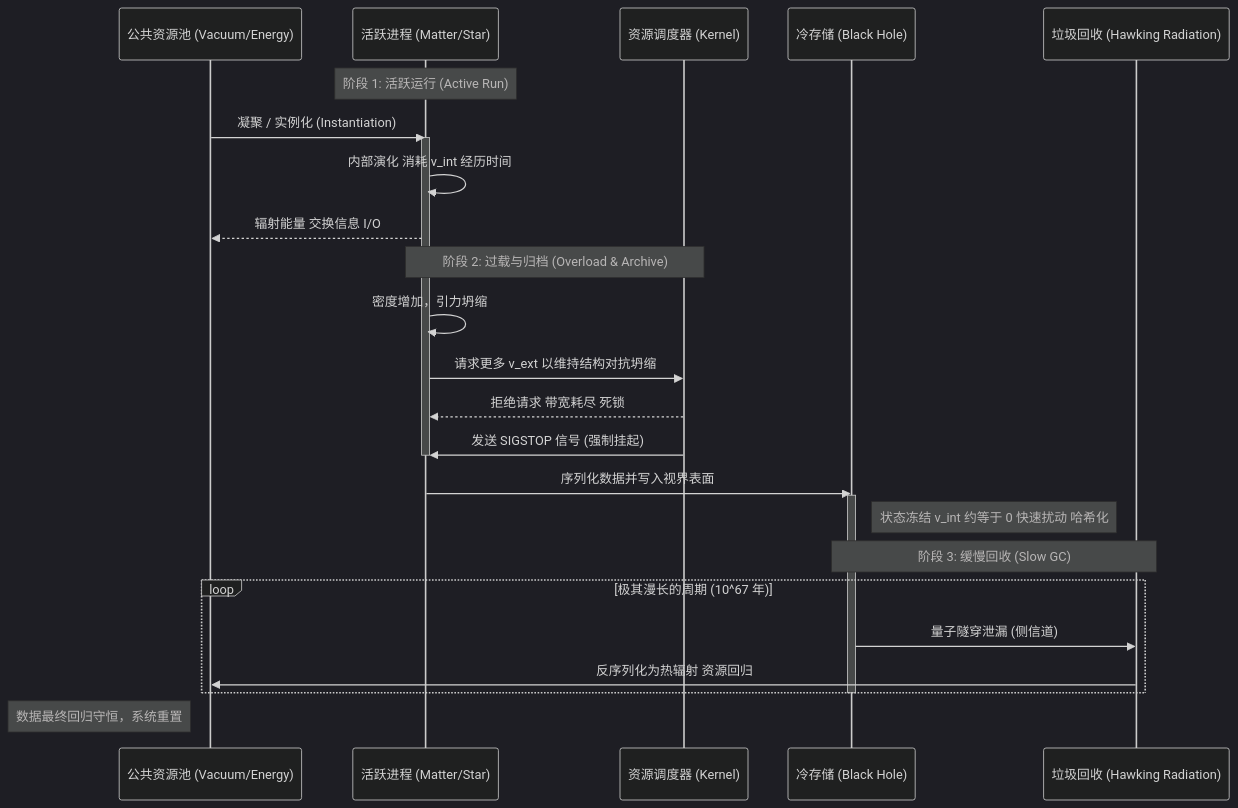
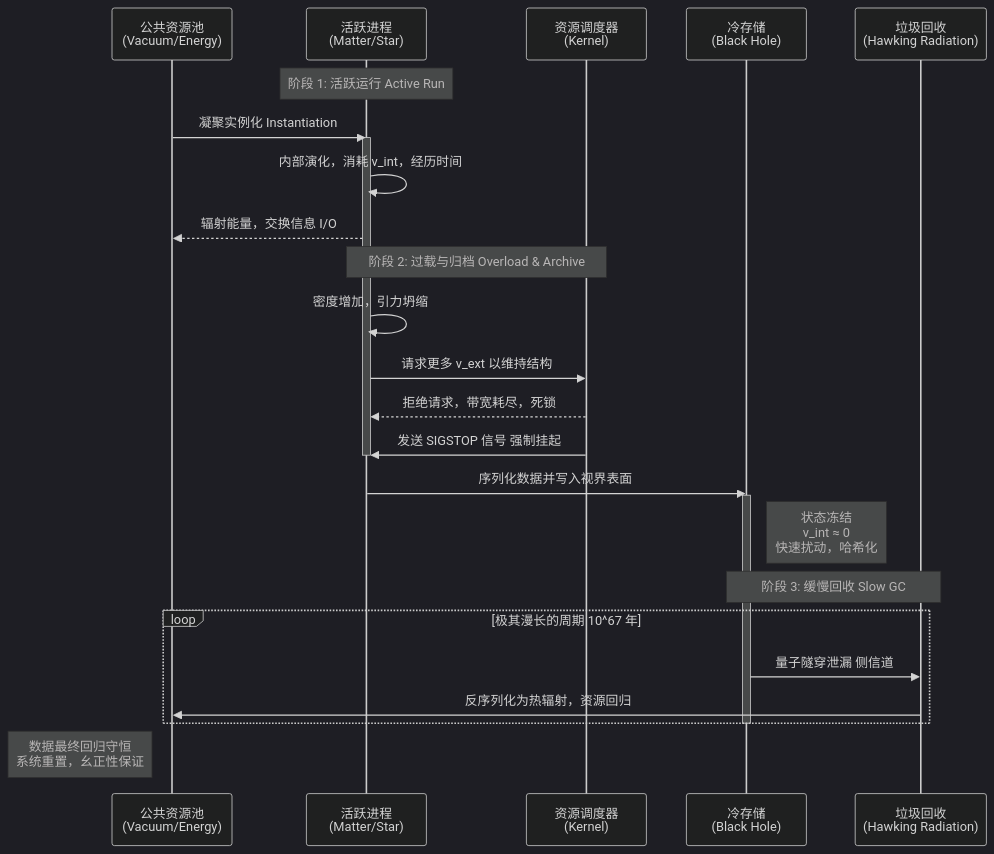
The third of 5 diagrams in docs/books/book-matrix-source-code-of-universe/appendices/appendix-e-01-the-universe-kernel-architecture-diagram.md (loning/the-omega), drawn with Mermaid (dark theme) before and after one commit. The commit also changed other lines of this file and 1 other file, not shown here.

````diff
--- a/docs/books/book-matrix-source-code-of-universe/appendices/appendix-e-01-the-universe-kernel-architecture-diagram.md
+++ b/docs/books/book-matrix-source-code-of-universe/appendices/appendix-e-01-the-universe-kernel-architecture-diagram.md
@@ -209,61 +148,32 @@
 ```mermaid
 sequenceDiagram
+    participant Pool as 公共资源池<br/>(Vacuum/Energy)
+    participant RAM as 活跃进程<br/>(Matter/Star)
+    participant Scheduler as 资源调度器<br/>(Kernel)
+    participant Archive as 冷存储<br/>(Black Hole)
+    participant GC as 垃圾回收<br/>(Hawking Radiation)
 
-    participant Pool as 公共资源池 (Vacuum/Energy)
+    Note over RAM: 阶段 1: 活跃运行 Active Run
+    Pool->>RAM: 凝聚实例化 Instantiation
+    activate RAM
+    RAM->>RAM: 内部演化，消耗 v_int，经历时间
+    RAM-->>Pool: 辐射能量，交换信息 I/O
 
-    participant RAM as 活跃进程 (Matter/Star)
+    Note over RAM, Scheduler: 阶段 2: 过载与归档 Overload & Archive
+    RAM->>RAM: 密度增加，引力坍缩
+    RAM->>Scheduler: 请求更多 v_ext 以维持结构
+    Scheduler-->>RAM: 拒绝请求，带宽耗尽，死锁
+    Scheduler->>RAM: 发送 SIGSTOP 信号 强制挂起
+    deactivate RAM
+    RAM->>Archive: 序列化数据并写入视界表面
+    activate Archive
+    Note right of Archive: 状态冻结<br/>v_int ≈ 0<br/>快速扰动，哈希化
 
-    participant Scheduler as 资源调度器 (Kernel)
-
-    participant Archive as 冷存储 (Black Hole)
-
-    participant GC as 垃圾回收 (Hawking Radiation)
-
-
-
-    Note over RAM: 阶段 1: 活跃运行 (Active Run)
-
-    Pool->>RAM: 凝聚 / 实例化 (Instantiation)
-
-    activate RAM
-
-    RAM->>RAM: 内部演化 消耗 v_int 经历时间
-
-    RAM-->>Pool: 辐射能量 交换信息 I/O
-
-
-
-    Note over RAM, Scheduler: 阶段 2: 过载与归档 (Overload & Archive)
-
-    RAM->>RAM: 密度增加，引力坍缩
-
-    RAM->>Scheduler: 请求更多 v_ext 以维持结构对抗坍缩
-
-    Scheduler-->>RAM: 拒绝请求 带宽耗尽 死锁
-
-    Scheduler->>RAM: 发送 SIGSTOP 信号 (强制挂起)
-
-    deactivate RAM
-
-    RAM->>Archive: 序列化数据并写入视界表面
-
-    activate Archive
-
-    Note right of Archive: 状态冻结 v_int 约等于 0 快速扰动 哈希化
-
-
-
-    Note over Archive, GC: 阶段 3: 缓慢回收 (Slow GC)
-
-    loop 极其漫长的周期 (10^67 年)
-
-        Archive->>GC: 量子隧穿泄漏 (侧信道)
-
-        GC->>Pool: 反序列化为热辐射 资源回归
-
+    Note over Archive, GC: 阶段 3: 缓慢回收 Slow GC
+    loop 极其漫长的周期 10^67 年
+        Archive->>GC: 量子隧穿泄漏 侧信道
+        GC->>Pool: 反序列化为热辐射，资源回归
     end
-
     deactivate Archive
-
-    Note left of Pool: 数据最终回归守恒，系统重置
+    Note left of Pool: 数据最终回归守恒<br/>系统重置，幺正性保证
 ```
````
